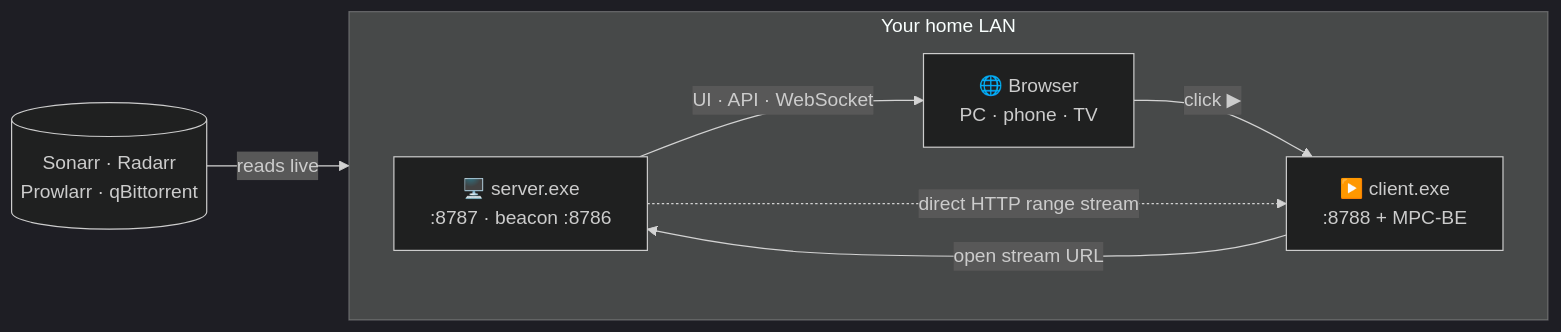
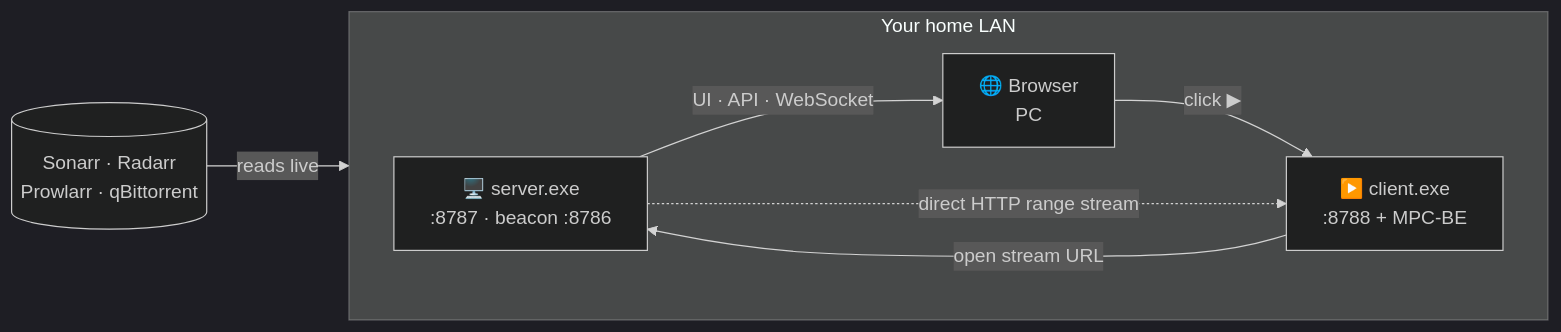
One commit to Ne9ative/Calendarr changed the diagram in README.md. Above: the diagram before and after it, drawn with Mermaid (dark theme).

Commit message:
Update README to remove device from browser description

````diff
--- a/README.md
+++ b/README.md
@@ -43,17 +43,17 @@
 ```mermaid
 flowchart LR
     ARR[("Sonarr · Radarr<br/>Prowlarr · qBittorrent")]
 
     subgraph LAN["Your home LAN"]
         direction LR
         SRV["🖥️ server.exe<br/>:8787 · beacon :8786"]
-        WEB["🌐 Browser<br/>PC · phone · TV"]
+        WEB["🌐 Browser<br/>PC"]
         CLI["▶️ client.exe<br/>:8788 + MPC-BE"]
     end
 
     ARR -->|reads live| SRV
     SRV -->|UI · API · WebSocket| WEB
     WEB -->|click ▶| CLI
     CLI -->|open stream URL| SRV
     SRV -.->|direct HTTP range stream| CLI
 ```
````
